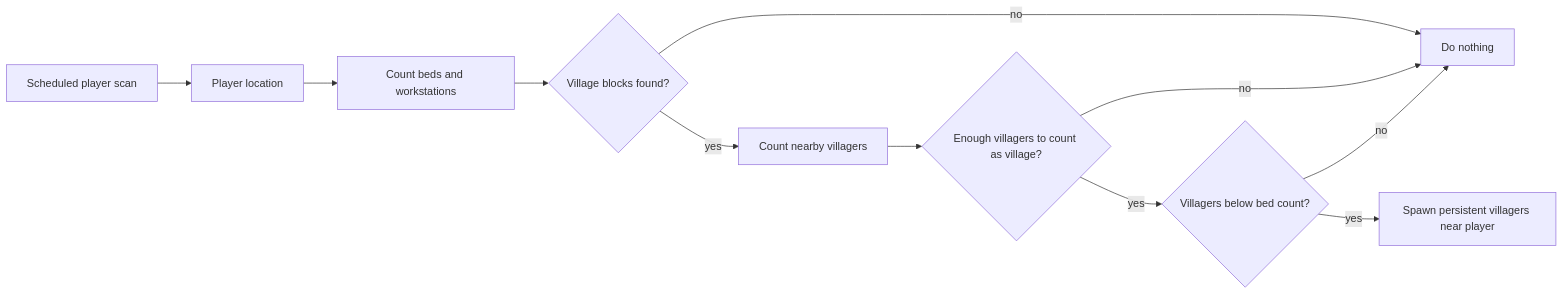
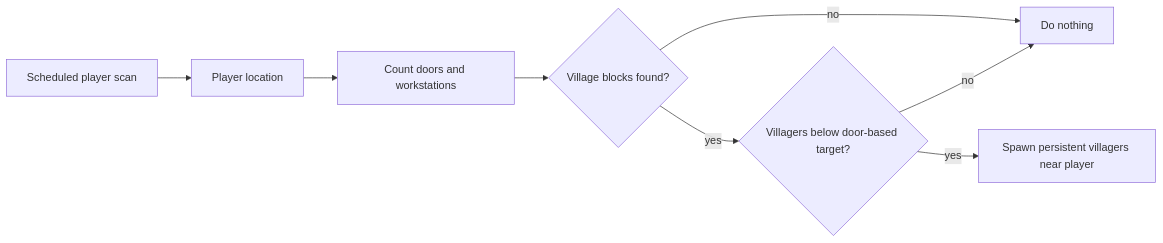
One commit to adeptum-labs/questai changed the third of 3 diagrams in README.md. Above: the diagram before and after it, drawn with Mermaid. The commit also changed other lines of this file and 3 other files, not shown here.

First line of the commit message:
Replace bed-based village detection with door-based detection

````diff
--- a/README.md
+++ b/README.md
@@ -110,13 +110,10 @@
 ```mermaid
 flowchart LR
 	PlayerTick[Scheduled player scan] --> Location[Player location]
-	Location --> Blocks[Count beds and workstations]
+	Location --> Blocks[Count doors and workstations]
 	Blocks --> EnoughBlocks{Village blocks found?}
 	EnoughBlocks -- no --> Stop[Do nothing]
-	EnoughBlocks -- yes --> Villagers[Count nearby villagers]
-	Villagers --> Village{Enough villagers to count as village?}
-	Village -- no --> Stop
-	Village -- yes --> Spawn{Villagers below bed count?}
+	EnoughBlocks -- yes --> Spawn{Villagers below door-based target?}
 	Spawn -- no --> Stop
 	Spawn -- yes --> Create[Spawn persistent villagers near player]
 ```
````
